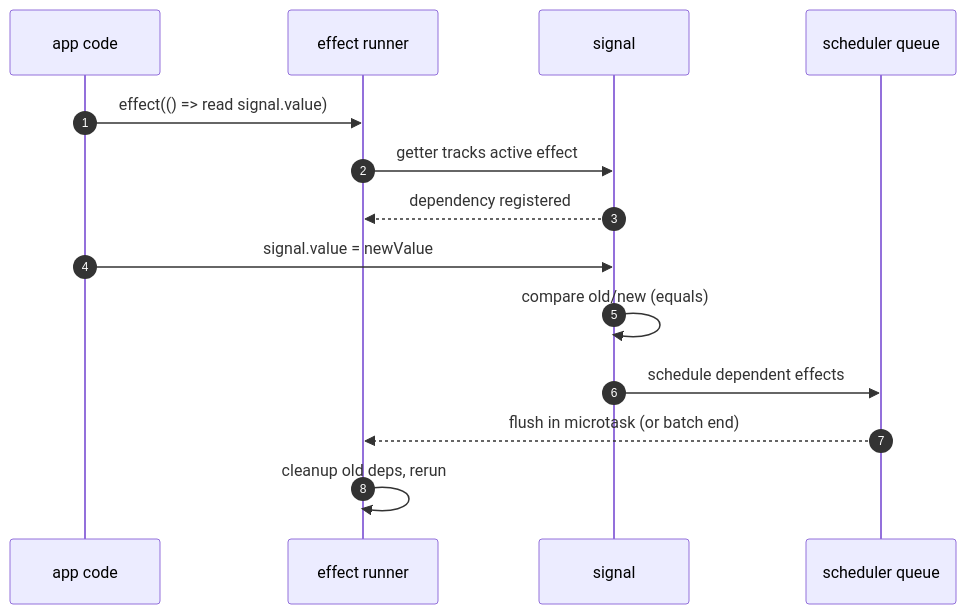
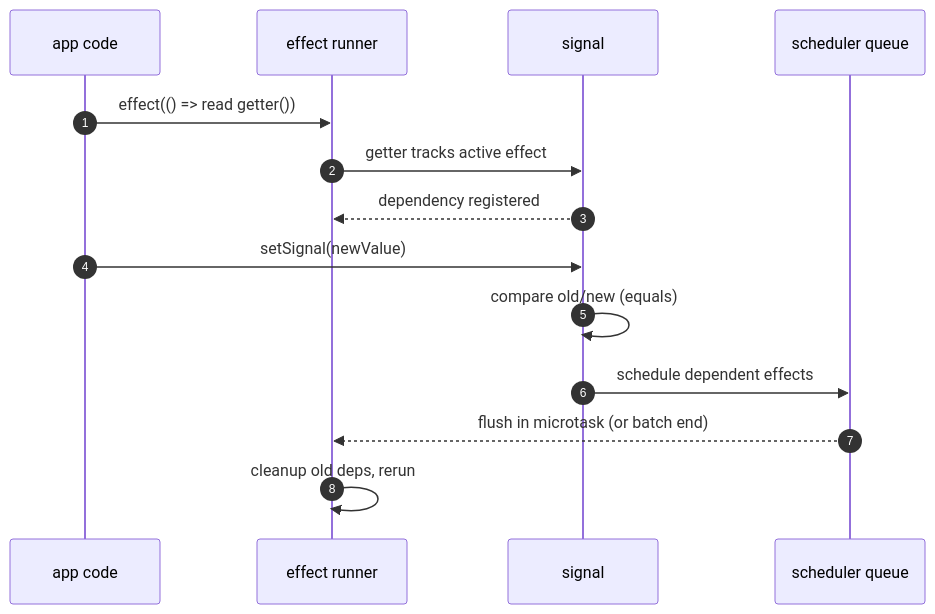
The first of 2 diagrams in docs/reactivity.md (kiranojhanp/super-tiny-signal), drawn with Mermaid before and after one commit. The commit also changed other lines of this file and 2 other files, not shown here.

````diff
--- a/docs/reactivity.md
+++ b/docs/reactivity.md
@@ -7,18 +7,18 @@
 ```mermaid
 sequenceDiagram
   autonumber
   participant App as app code
   participant Eff as effect runner
   participant Sig as signal
   participant Q as scheduler queue
 
-  App->>Eff: effect(() => read signal.value)
+  App->>Eff: effect(() => read getter())
   Eff->>Sig: getter tracks active effect
   Sig-->>Eff: dependency registered
 
-  App->>Sig: signal.value = newValue
+  App->>Sig: setSignal(newValue)
   Sig->>Sig: compare old/new (equals)
   Sig->>Q: schedule dependent effects
   Q-->>Eff: flush in microtask (or batch end)
   Eff->>Eff: cleanup old deps, rerun
 ```
````
